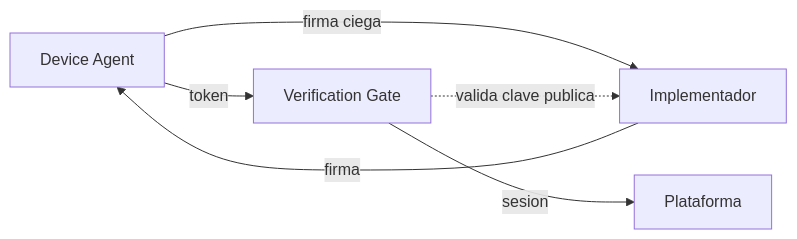
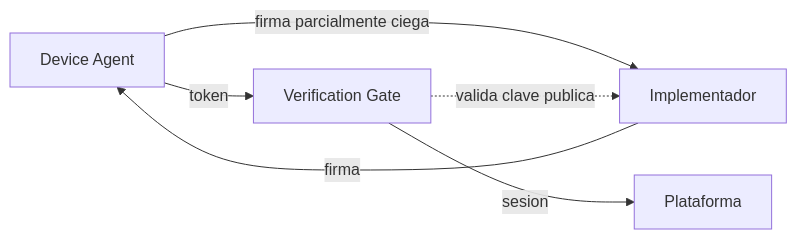
Before and after one commit to jorgej-ramos/AAVP: the first of 11 diagrams in PROTOCOL.md, drawn with Mermaid. The commit also changed other lines of this file and 4 other files, not shown here.

````diff
--- a/PROTOCOL.md
+++ b/PROTOCOL.md
@@ -29,8 +29,8 @@
 ```mermaid
 graph LR
-    DA[Device Agent] -->|firma ciega| IM[Implementador]
+    DA[Device Agent] -->|firma parcialmente ciega| IM[Implementador]
     IM -->|firma| DA
     DA -->|token| VG[Verification Gate]
     VG -.->|valida clave publica| IM
     VG -->|sesion| APP[Plataforma]
 ```
````
